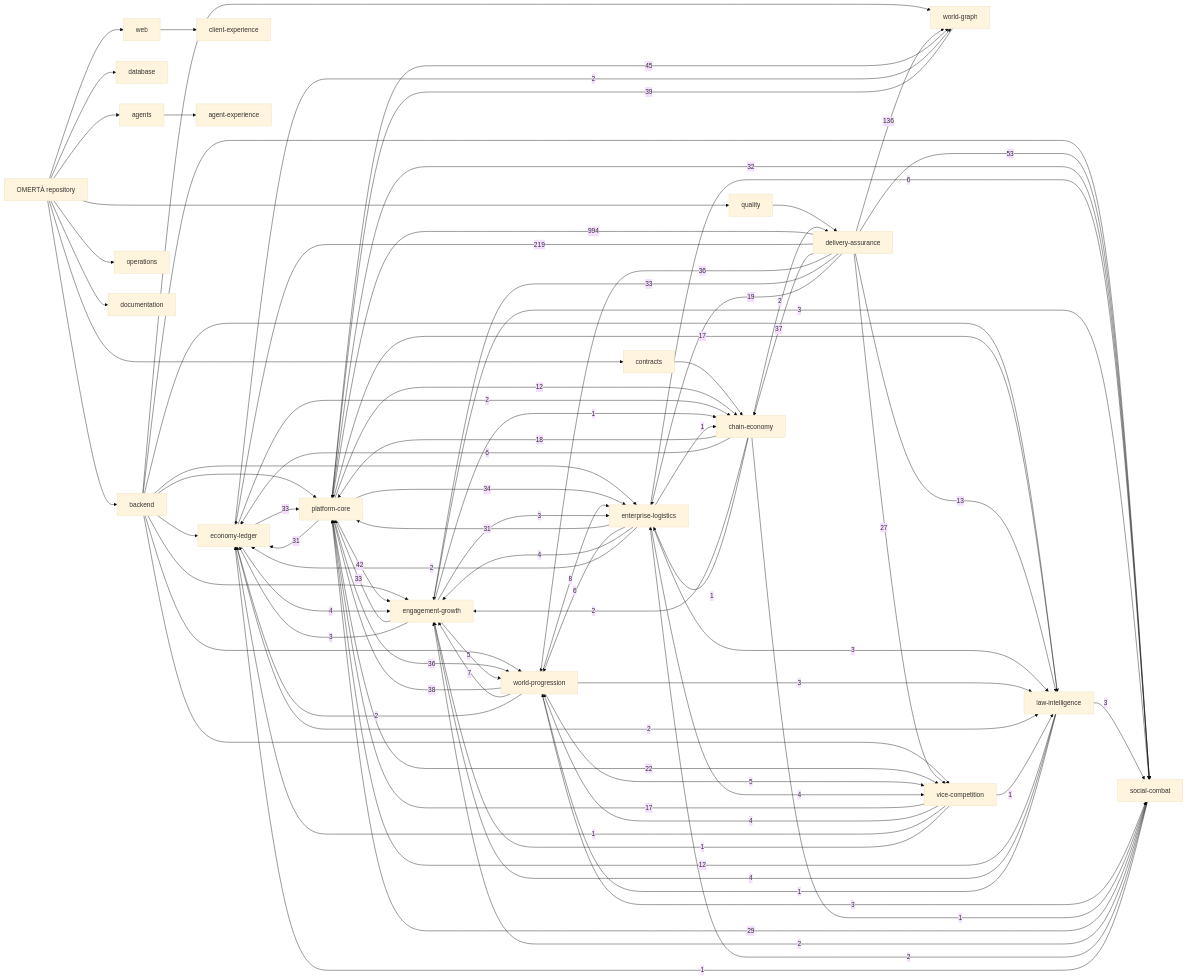
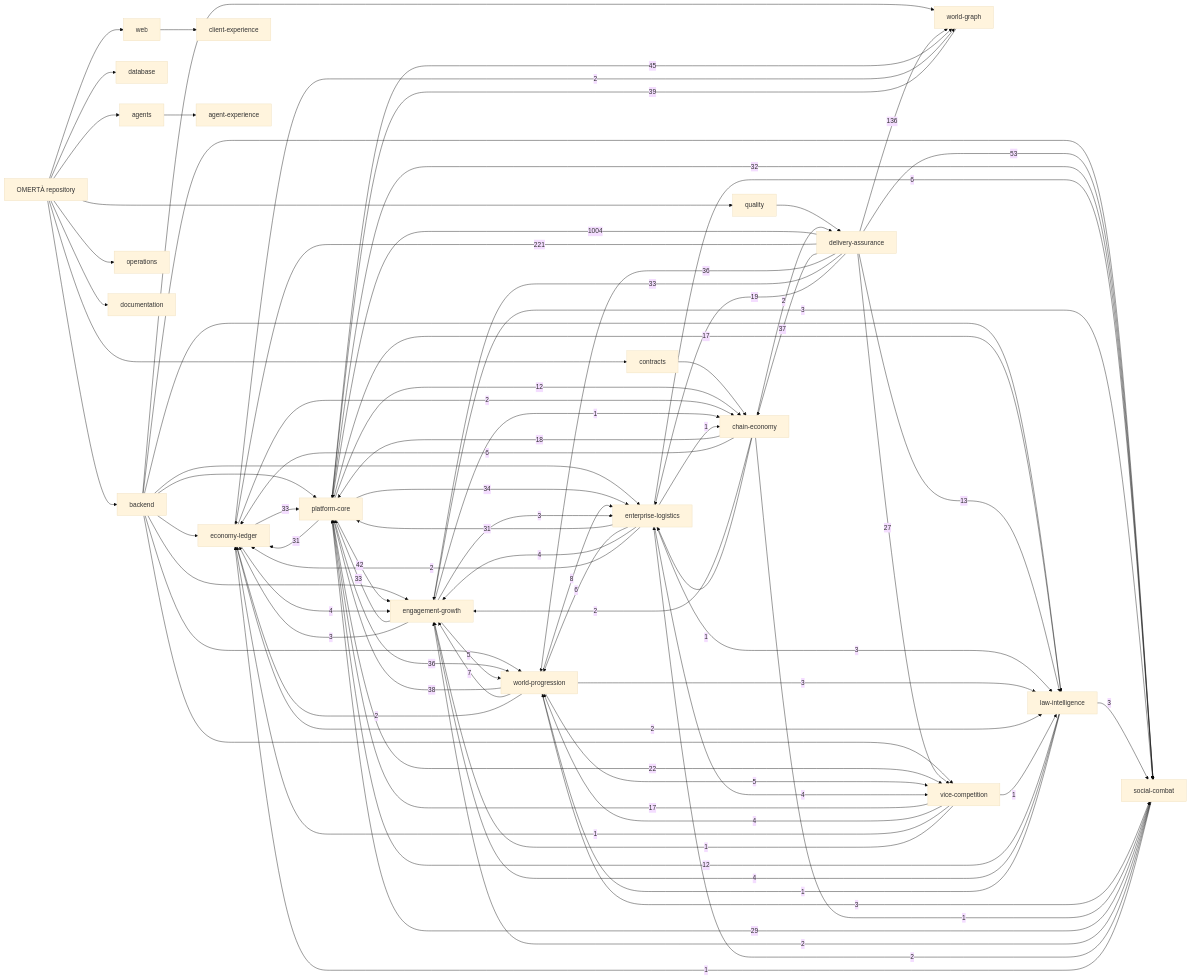
The diagram in knowledge/generated/graph.mmd (OmertaDev/Omerta), drawn with Mermaid (base theme) before and after one commit. The commit also changed 6 other files, not shown here.

```diff
--- a/knowledge/generated/graph.mmd
+++ b/knowledge/generated/graph.mmd
@@ -1,109 +1,109 @@
 flowchart LR
   repo["OMERTÀ repository"]
   sub_backend["backend"]
   repo --> sub_backend
   sub_database["database"]
   repo --> sub_database
   sub_web["web"]
   repo --> sub_web
   sub_contracts["contracts"]
   repo --> sub_contracts
   sub_agents["agents"]
   repo --> sub_agents
   sub_quality["quality"]
   repo --> sub_quality
   sub_operations["operations"]
   repo --> sub_operations
   sub_documentation["documentation"]
   repo --> sub_documentation
   dom_platform-core["platform-core"]
   dom_economy-ledger["economy-ledger"]
   dom_social-combat["social-combat"]
   dom_world-progression["world-progression"]
   dom_world-graph["world-graph"]
   dom_enterprise-logistics["enterprise-logistics"]
   dom_vice-competition["vice-competition"]
   dom_law-intelligence["law-intelligence"]
   dom_chain-economy["chain-economy"]
   dom_engagement-growth["engagement-growth"]
   dom_client-experience["client-experience"]
   dom_agent-experience["agent-experience"]
   dom_delivery-assurance["delivery-assurance"]
   sub_agents --> dom_agent-experience
   sub_backend --> dom_economy-ledger
   sub_backend --> dom_engagement-growth
   sub_backend --> dom_enterprise-logistics
   sub_backend --> dom_law-intelligence
   sub_backend --> dom_platform-core
   sub_backend --> dom_social-combat
   sub_backend --> dom_vice-competition
   sub_backend --> dom_world-graph
   sub_backend --> dom_world-progression
   sub_contracts --> dom_chain-economy
   sub_quality --> dom_delivery-assurance
   sub_web --> dom_client-experience
-  dom_delivery-assurance -->|994| dom_platform-core
-  dom_delivery-assurance -->|219| dom_economy-ledger
+  dom_delivery-assurance -->|1004| dom_platform-core
+  dom_delivery-assurance -->|221| dom_economy-ledger
   dom_delivery-assurance -->|136| dom_world-graph
   dom_delivery-assurance -->|53| dom_social-combat
   dom_platform-core -->|45| dom_world-graph
   dom_platform-core -->|42| dom_engagement-growth
   dom_world-graph -->|39| dom_platform-core
   dom_world-progression -->|38| dom_platform-core
   dom_delivery-assurance -->|37| dom_chain-economy
   dom_delivery-assurance -->|36| dom_world-progression
   dom_platform-core -->|36| dom_world-progression
   dom_platform-core -->|34| dom_enterprise-logistics
   dom_delivery-assurance -->|33| dom_engagement-growth
   dom_economy-ledger -->|33| dom_platform-core
   dom_engagement-growth -->|33| dom_platform-core
   dom_platform-core -->|32| dom_social-combat
   dom_enterprise-logistics -->|31| dom_platform-core
   dom_platform-core -->|31| dom_economy-ledger
   dom_social-combat -->|29| dom_platform-core
   dom_delivery-assurance -->|27| dom_vice-competition
   dom_platform-core -->|22| dom_vice-competition
   dom_delivery-assurance -->|19| dom_enterprise-logistics
   dom_chain-economy -->|18| dom_platform-core
   dom_platform-core -->|17| dom_law-intelligence
   dom_vice-competition -->|17| dom_platform-core
   dom_delivery-assurance -->|13| dom_law-intelligence
   dom_law-intelligence -->|12| dom_platform-core
   dom_platform-core -->|12| dom_chain-economy
   dom_world-progression -->|8| dom_enterprise-logistics
   dom_world-progression -->|7| dom_engagement-growth
   dom_chain-economy -->|6| dom_economy-ledger
   dom_enterprise-logistics -->|6| dom_social-combat
   dom_enterprise-logistics -->|6| dom_world-progression
   dom_engagement-growth -->|5| dom_world-progression
   dom_world-progression -->|5| dom_vice-competition
   dom_economy-ledger -->|4| dom_engagement-growth
   dom_enterprise-logistics -->|4| dom_engagement-growth
   dom_enterprise-logistics -->|4| dom_vice-competition
   dom_law-intelligence -->|4| dom_engagement-growth
   dom_vice-competition -->|4| dom_world-progression
   dom_engagement-growth -->|3| dom_economy-ledger
   dom_engagement-growth -->|3| dom_enterprise-logistics
   dom_engagement-growth -->|3| dom_social-combat
   dom_enterprise-logistics -->|3| dom_law-intelligence
   dom_law-intelligence -->|3| dom_social-combat
   dom_world-progression -->|3| dom_law-intelligence
   dom_world-progression -->|3| dom_social-combat
   dom_chain-economy -->|2| dom_delivery-assurance
   dom_chain-economy -->|2| dom_engagement-growth
   dom_economy-ledger -->|2| dom_chain-economy
   dom_economy-ledger -->|2| dom_law-intelligence
   dom_economy-ledger -->|2| dom_world-graph
   dom_enterprise-logistics -->|2| dom_economy-ledger
   dom_social-combat -->|2| dom_engagement-growth
   dom_social-combat -->|2| dom_enterprise-logistics
   dom_world-progression -->|2| dom_economy-ledger
   dom_chain-economy -->|1| dom_enterprise-logistics
   dom_chain-economy -->|1| dom_social-combat
   dom_engagement-growth -->|1| dom_chain-economy
   dom_enterprise-logistics -->|1| dom_chain-economy
   dom_law-intelligence -->|1| dom_world-progression
   dom_social-combat -->|1| dom_economy-ledger
   dom_vice-competition -->|1| dom_economy-ledger
   dom_vice-competition -->|1| dom_engagement-growth
   dom_vice-competition -->|1| dom_law-intelligence
```
